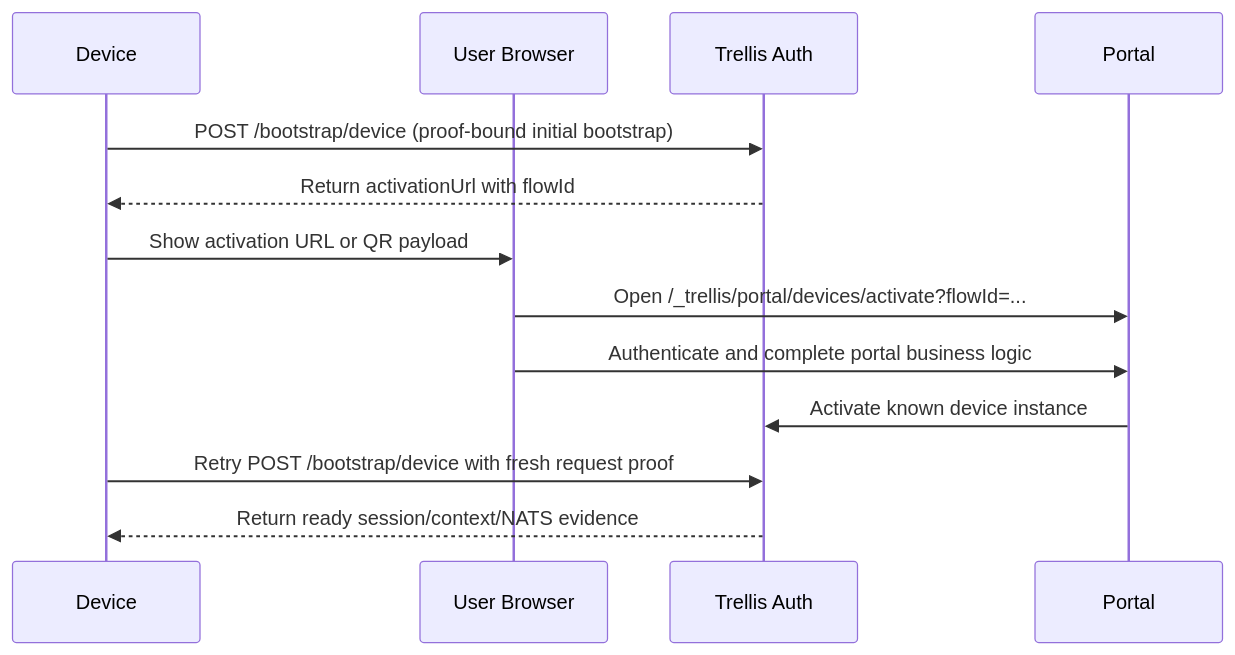
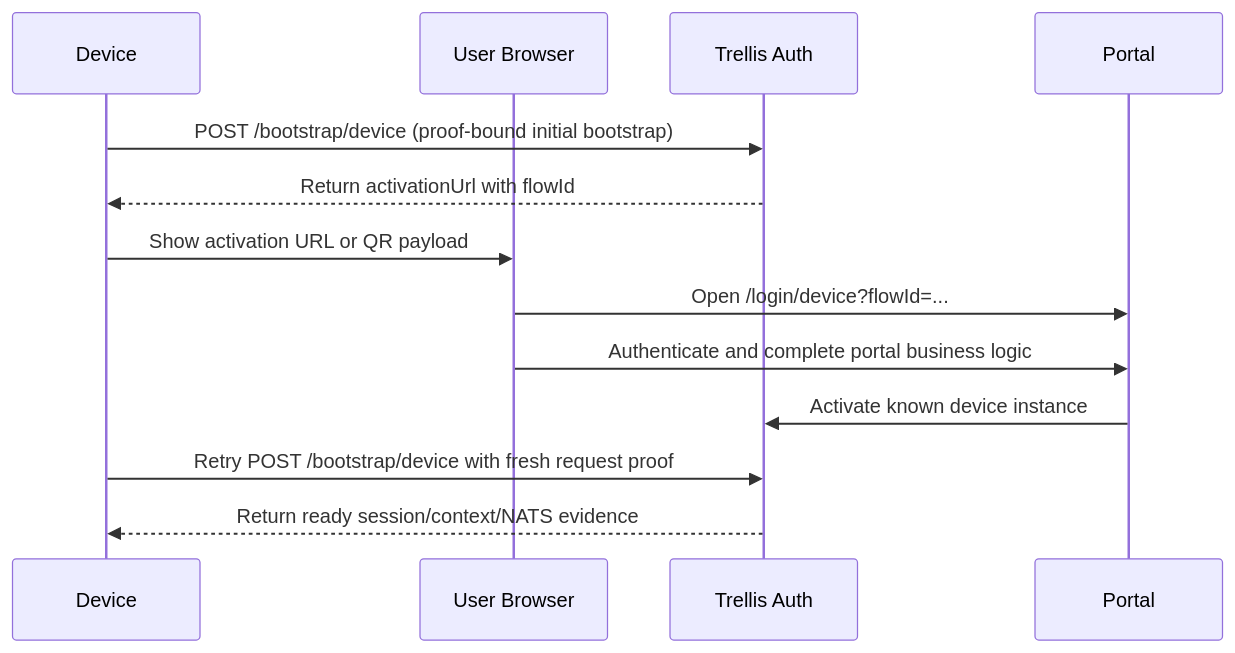
Before and after one commit to abalmos/trellis: the diagram in design/auth/device-activation.md, drawn with Mermaid. The commit also changed 88 other files, not shown here.

````diff
--- a/design/auth/device-activation.md
+++ b/design/auth/device-activation.md
@@ -191,16 +191,16 @@
 ```mermaid
 sequenceDiagram
     participant W as Device
     participant U as User Browser
     participant T as Trellis Auth
     participant P as Portal
 
     W->>T: POST /bootstrap/device (proof-bound initial bootstrap)
     T-->>W: Return activationUrl with flowId
     W->>U: Show activation URL or QR payload
-    U->>P: Open /_trellis/portal/devices/activate?flowId=...
+    U->>P: Open /login/device?flowId=...
     U->>P: Authenticate and complete portal business logic
     P->>T: Activate known device instance
     W->>T: Retry POST /bootstrap/device with fresh request proof
     T-->>W: Return ready session/context/NATS evidence
 ```
````
